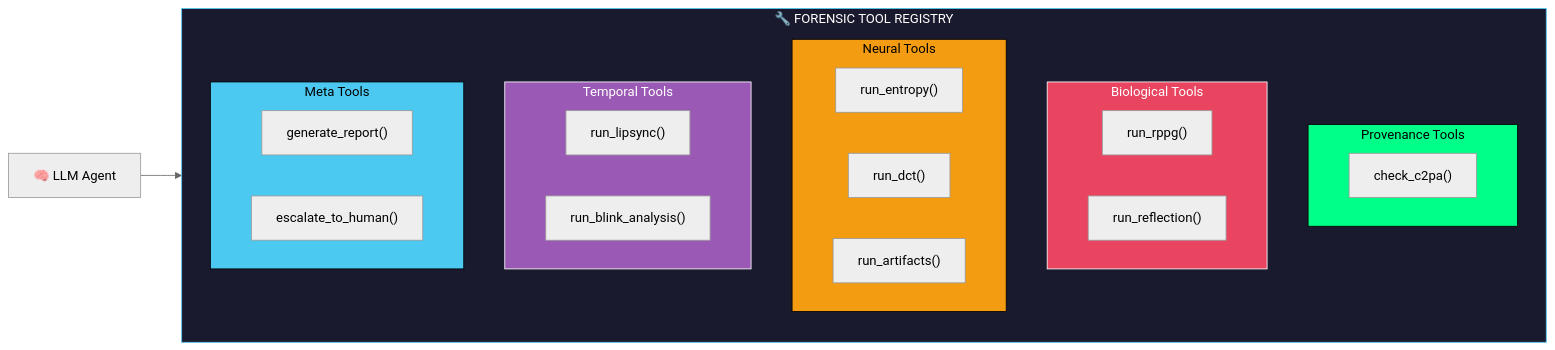
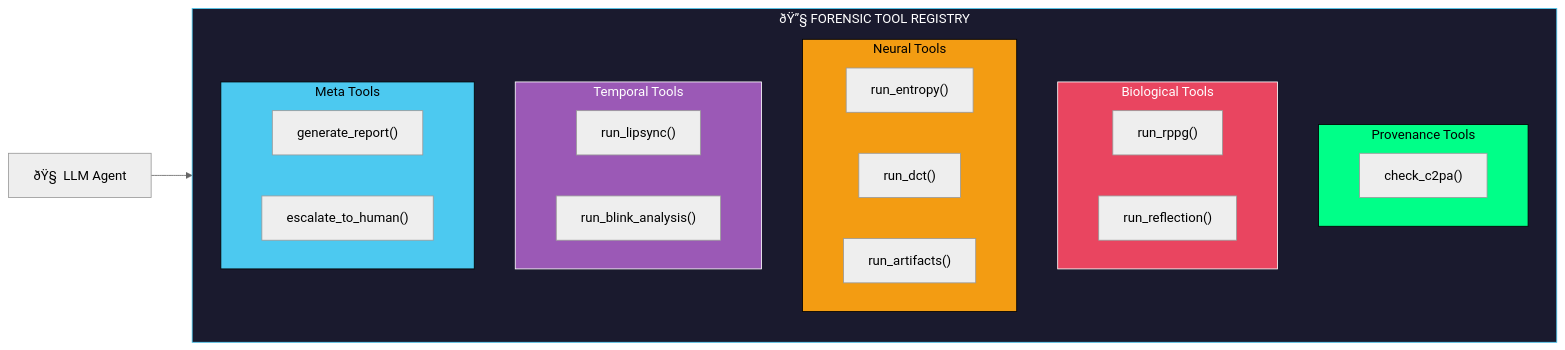
One commit to gaurav337/Aegis-X changed the second of 10 diagrams in README.md. Above: the diagram before and after it, drawn with Mermaid (neutral theme). The commit also changed other lines of this file, not shown here.

````diff
--- a/README.md
+++ b/README.md
@@ -517,40 +554,40 @@
 ```mermaid
 flowchart LR
-    subgraph REGISTRY["🔧 FORENSIC TOOL REGISTRY"]
+    subgraph REGISTRY["ðŸ”§ FORENSIC TOOL REGISTRY"]
         direction TB
         
         subgraph PROVENANCE["Provenance Tools"]
             C2PA["check_c2pa()"]
         end
         
         subgraph BIOLOGICAL["Biological Tools"]
             RPPG["run_rppg()"]
             REFLECT["run_reflection()"]
         end
         
         subgraph NEURAL["Neural Tools"]
             ENTROPY["run_entropy()"]
             DCT["run_dct()"]
             ARTIFACTS["run_artifacts()"]
         end
         
         subgraph TEMPORAL["Temporal Tools"]
             LIPSYNC["run_lipsync()"]
             BLINK["run_blink_analysis()"]
         end
         
         subgraph META["Meta Tools"]
             REPORT["generate_report()"]
             ESCALATE["escalate_to_human()"]
         end
     end
 
-    AGENT["🧠 LLM Agent"] --> REGISTRY
+    AGENT["ðŸ§  LLM Agent"] --> REGISTRY
 
     style REGISTRY fill:#1a1a2e,stroke:#4cc9f0,color:#fff
     style PROVENANCE fill:#00ff88,stroke:#000,color:#000
     style BIOLOGICAL fill:#e94560,stroke:#fff,color:#fff
     style NEURAL fill:#f39c12,stroke:#000,color:#000
     style TEMPORAL fill:#9b59b6,stroke:#fff,color:#fff
     style META fill:#4cc9f0,stroke:#000,color:#000
 ```
````
